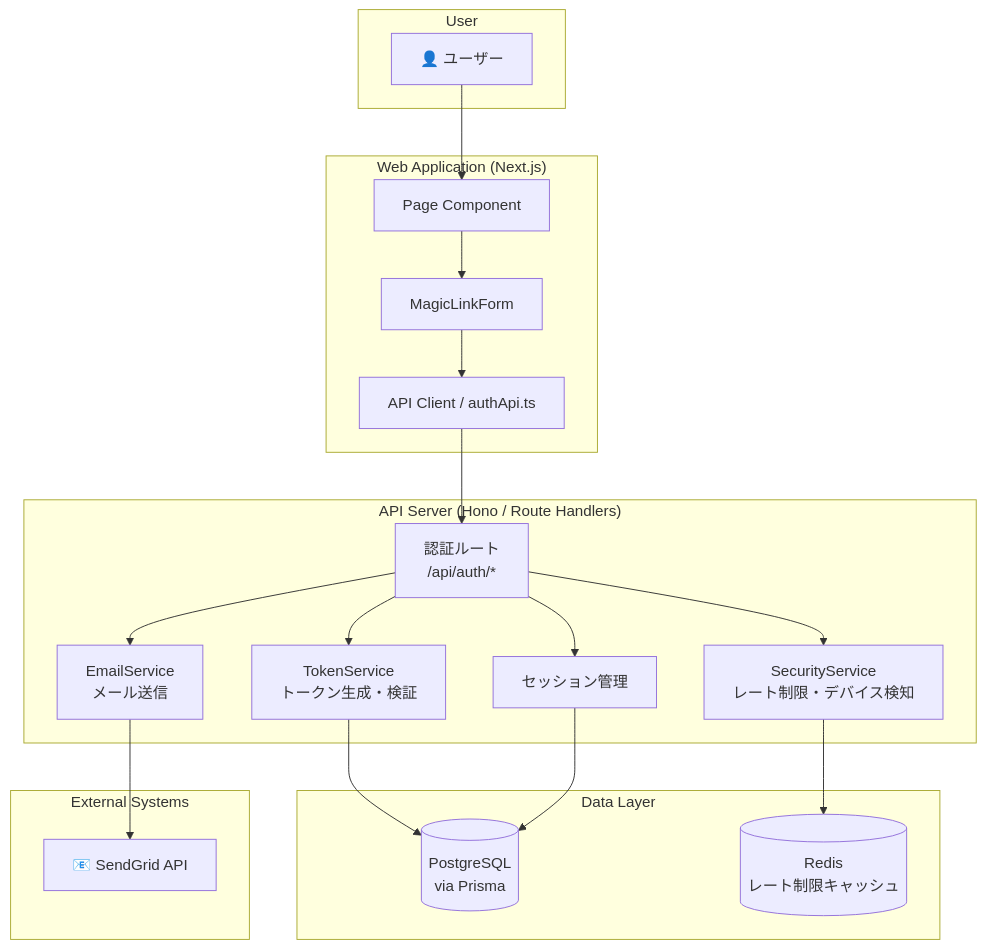
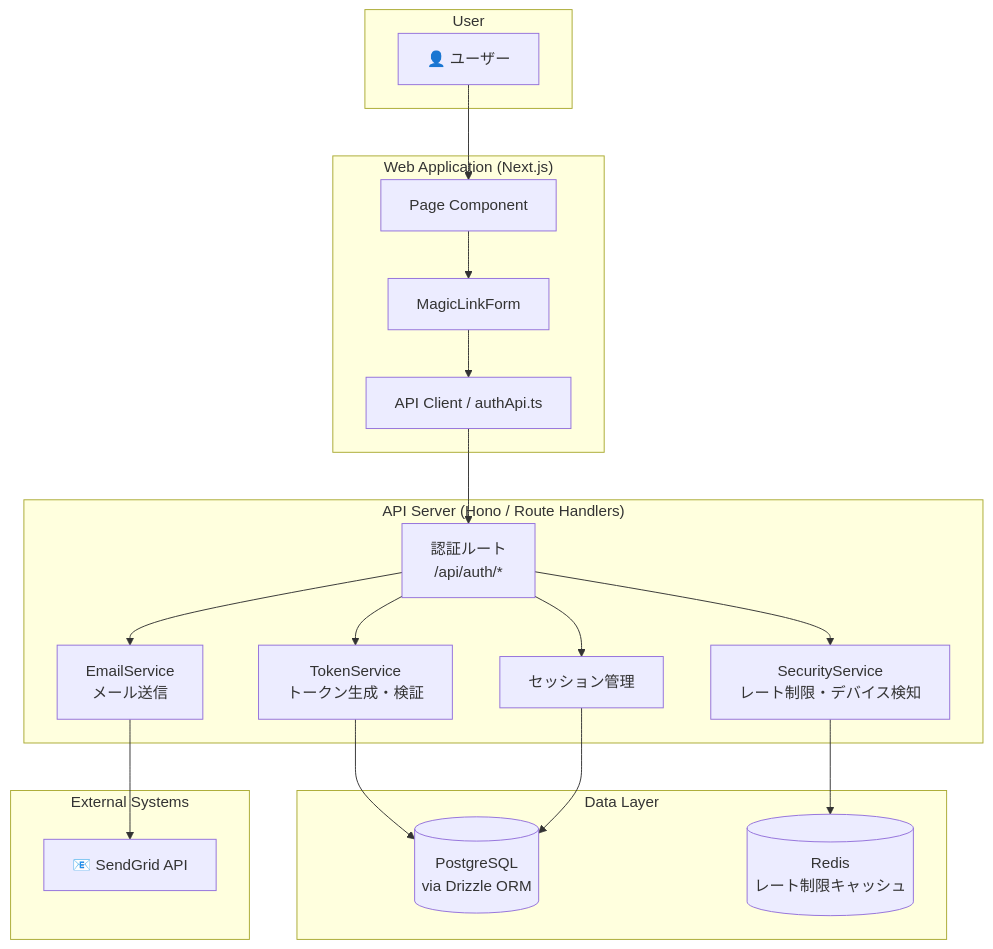
One commit to einja-inc/einja-management-template changed the first of 14 diagrams in docs/einja/example/specs/issues/issue999-example-task/design.md. Above: the diagram before and after it, drawn with Mermaid. The commit also changed other lines of this file and 65 other files, not shown here.

````diff
--- a/docs/einja/example/specs/issues/issue999-example-task/design.md
+++ b/docs/einja/example/specs/issues/issue999-example-task/design.md
@@ -34,42 +34,42 @@
 ```mermaid
 graph TB
     subgraph "User"
         U[👤 ユーザー]
     end
 
     subgraph "Web Application (Next.js)"
         Page[Page Component]
         Form[MagicLinkForm]
         Client[API Client / authApi.ts]
     end
 
     subgraph "API Server (Hono / Route Handlers)"
         AuthRoute[認証ルート<br/>/api/auth/*]
         TokenService[TokenService<br/>トークン生成・検証]
         EmailSvc[EmailService<br/>メール送信]
         SecuritySvc[SecurityService<br/>レート制限・デバイス検知]
         SessionMgr[セッション管理]
     end
 
     subgraph "Data Layer"
-        DB[(PostgreSQL<br/>via Prisma)]
+        DB[(PostgreSQL<br/>via Drizzle ORM)]
         Redis[(Redis<br/>レート制限キャッシュ)]
     end
 
     subgraph "External Systems"
         SendGrid[📧 SendGrid API]
     end
 
     U --> Page
     Page --> Form
     Form --> Client
     Client --> AuthRoute
     AuthRoute --> TokenService
     AuthRoute --> EmailSvc
     AuthRoute --> SecuritySvc
     AuthRoute --> SessionMgr
     TokenService --> DB
     SessionMgr --> DB
     SecuritySvc --> Redis
     EmailSvc --> SendGrid
 ```
````
